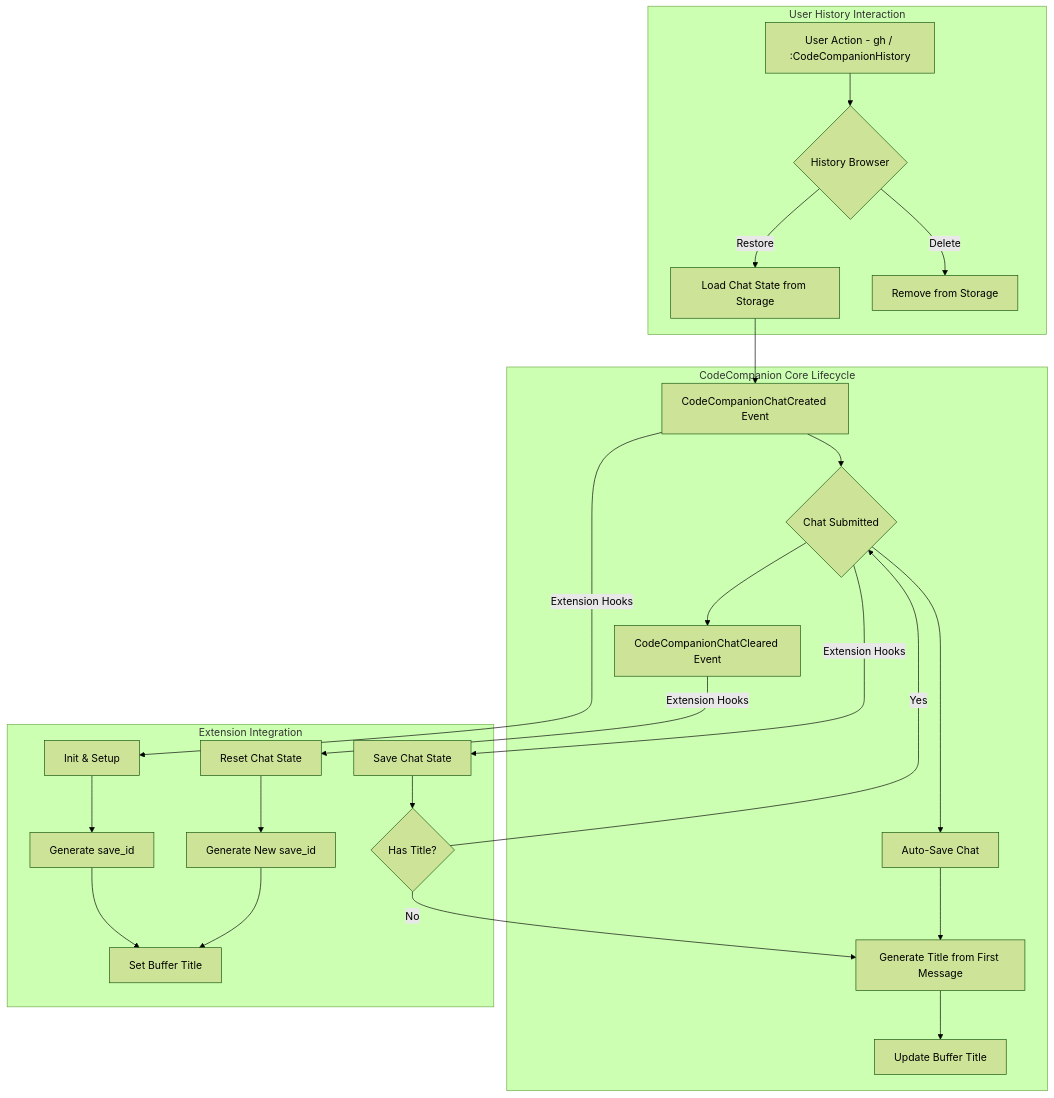
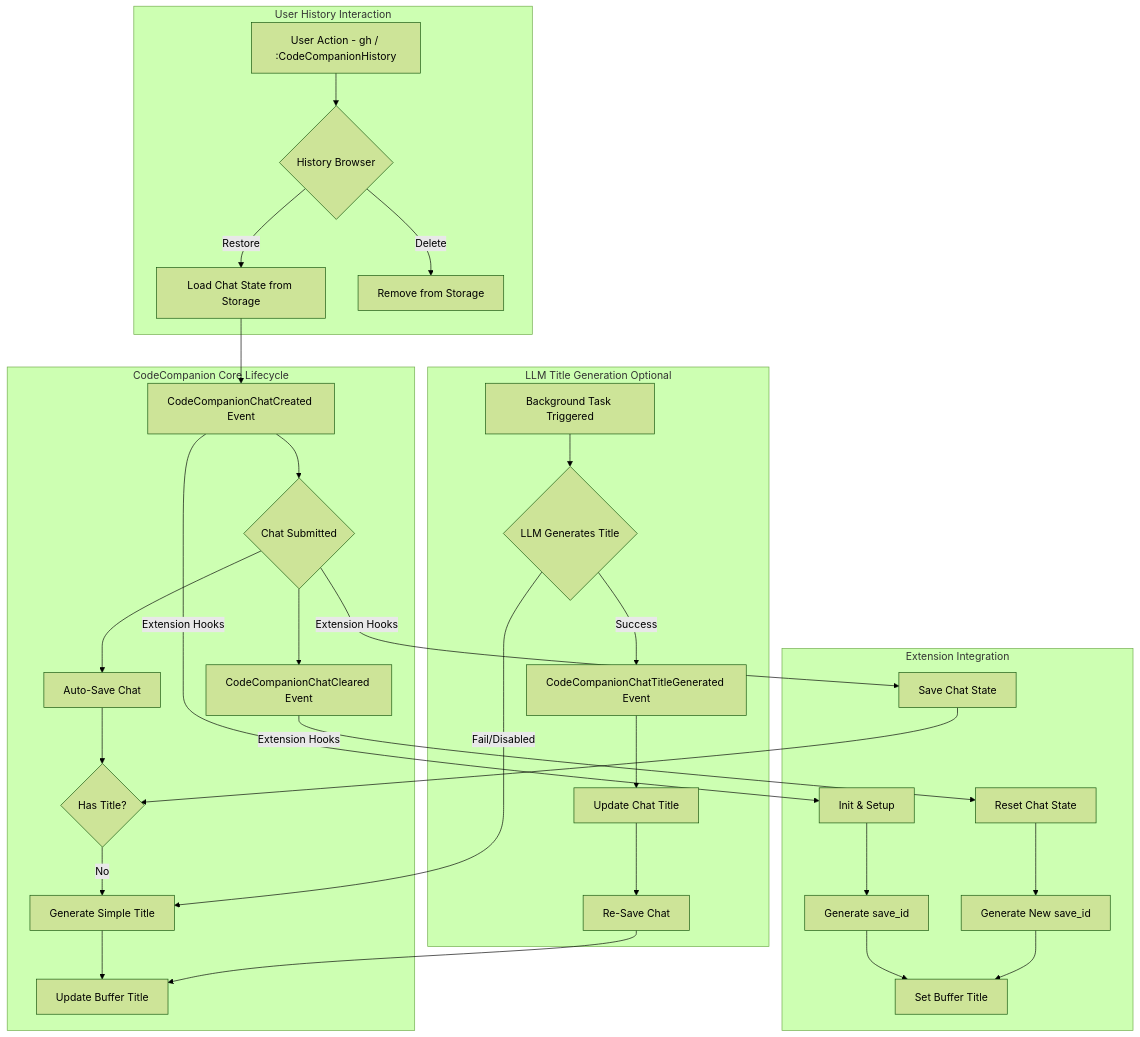
Before and after one commit to naripok/codecompanion-history.nvim: the diagram in README.md, drawn with Mermaid (forest theme). The commit also changed other lines of this file and 4 other files, not shown here.

Commit message:
added patched chat_make_title.lua that integrated with background title generation

````diff
--- a/README.md
+++ b/README.md
@@ -215,32 +274,40 @@
 ```mermaid
 graph TD
     subgraph CodeCompanion Core Lifecycle
         A[CodeCompanionChatCreated Event] --> B{Chat Submitted};
         B --> C[Auto-Save Chat];
-        C --> D[Generate Title from First Message];
-        D --> E[Update Buffer Title];
-        B --> F[CodeCompanionChatCleared Event];
+        C --> D{Has Title?};
+        D -- No --> E[Generate Simple Title];
+        E --> F[Update Buffer Title];
+        B --> G[CodeCompanionChatCleared Event];
+    end
+
+    subgraph LLM Title Generation Optional
+        H[Background Task Triggered] --> I{LLM Generates Title};
+        I -- Success --> J[CodeCompanionChatTitleGenerated Event];
+        J --> K[Update Chat Title];
+        K --> L[Re-Save Chat];
+        L --> F;
+        I -- Fail/Disabled --> E;
     end
 
     subgraph Extension Integration
-        A -- Extension Hooks --> G[Init & Setup];
-        G --> H[Generate save_id];
-        H --> I[Set Buffer Title];
+        A -- Extension Hooks --> M[Init & Setup];
+        M --> N[Generate save_id];
+        N --> O[Set Buffer Title];
         
-        B -- Extension Hooks --> J[Save Chat State];
-        J --> K{Has Title?};
-        K -- No --> D;
-        K -- Yes --> B;
+        B -- Extension Hooks --> P[Save Chat State];
+        P --> D;
         
-        F -- Extension Hooks --> L[Reset Chat State];
-        L --> M[Generate New save_id];
-        M --> I;
+        G -- Extension Hooks --> Q[Reset Chat State];
+        Q --> R[Generate New save_id];
+        R --> O;
     end
 
     subgraph User History Interaction
-        N[User Action - gh / :CodeCompanionHistory] --> O{History Browser};
-        O -- Restore --> P[Load Chat State from Storage];
-        P --> A;
-        O -- Delete --> Q[Remove from Storage];
+        S[User Action - gh / :CodeCompanionHistory] --> T{History Browser};
+        T -- Restore --> U[Load Chat State from Storage];
+        U --> A;
+        T -- Delete --> V[Remove from Storage];
     end
 ```
````
